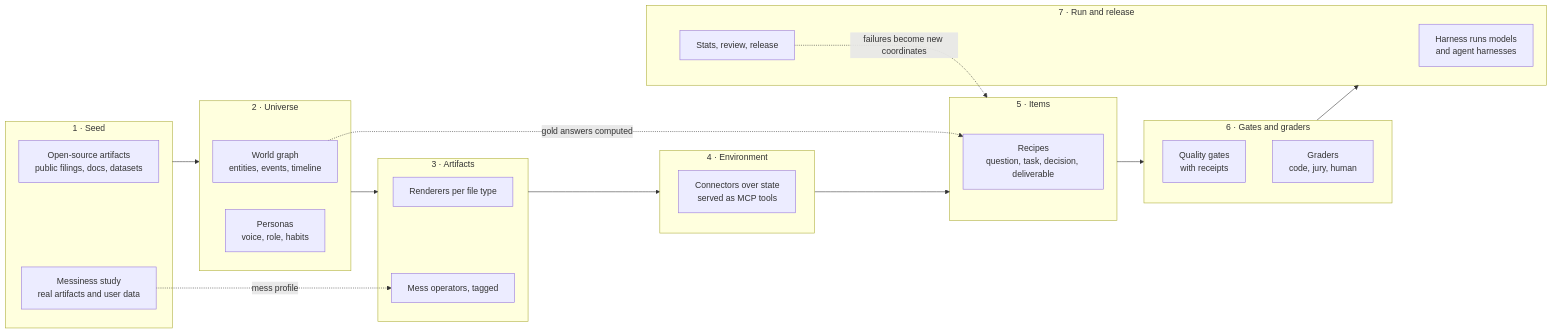
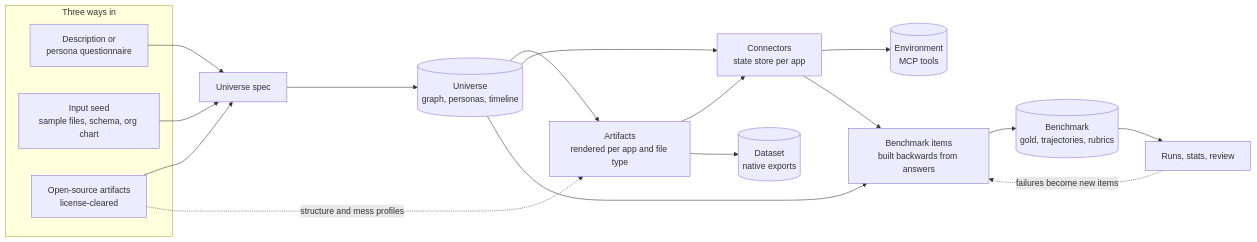
Before and after one commit to nbdesai1992/orbifex: the second of 17 diagrams in README.md, drawn with Mermaid. The commit also changed other lines of this file, not shown here.

````diff
--- a/README.md
+++ b/README.md
@@ -88,33 +121,23 @@
 ```mermaid
 flowchart LR
-  subgraph S1["1 · Seed"]
-    A1["Open-source artifacts<br/>public filings, docs, datasets"]
-    A2["Messiness study<br/>real artifacts and user data"]
+  subgraph IN["Three ways in"]
+    I1["Description or<br/>persona questionnaire"]
+    I2["Input seed<br/>sample files, schema, org chart"]
+    I3["Open-source artifacts<br/>license-cleared"]
   end
-  subgraph S2["2 · Universe"]
-    B1["World graph<br/>entities, events, timeline"]
-    B2["Personas<br/>voice, role, habits"]
-  end
-  subgraph S3["3 · Artifacts"]
-    C1["Renderers per file type"]
-    C2["Mess operators, tagged"]
-  end
-  subgraph S4["4 · Environment"]
-    D1["Connectors over state<br/>served as MCP tools"]
-  end
-  subgraph S5["5 · Items"]
-    E1["Recipes<br/>question, task, decision, deliverable"]
-  end
-  subgraph S6["6 · Gates and graders"]
-    F1["Quality gates<br/>with receipts"]
-    F2["Graders<br/>code, jury, human"]
-  end
-  subgraph S7["7 · Run and release"]
-    G1["Harness runs models<br/>and agent harnesses"]
-    G2["Stats, review, release"]
-  end
-  S1 --> S2 --> S3 --> S4 --> S5 --> S6 --> S7
-  A2 -. "mess profile" .-> C2
-  B1 -. "gold answers computed" .-> E1
-  G2 -. "failures become new coordinates" .-> S5
+  I1 --> SPEC["Universe spec"]
+  I2 --> SPEC
+  I3 --> SPEC
+  I3 -. "structure and mess profiles" .-> ART
+  SPEC --> UNI[("Universe<br/>graph, personas, timeline")]
+  UNI --> ART["Artifacts<br/>rendered per app and file type"]
+  UNI --> CON["Connectors<br/>state store per app"]
+  ART --> CON
+  ART --> DS[("Dataset<br/>native exports")]
+  CON --> ENV[("Environment<br/>MCP tools")]
+  UNI --> BEN["Benchmark items<br/>built backwards from answers"]
+  CON --> BEN
+  BEN --> BM[("Benchmark<br/>gold, trajectories, rubrics")]
+  BM --> RUN["Runs, stats, review"]
+  RUN -. "failures become new items" .-> BEN
 ```
````
